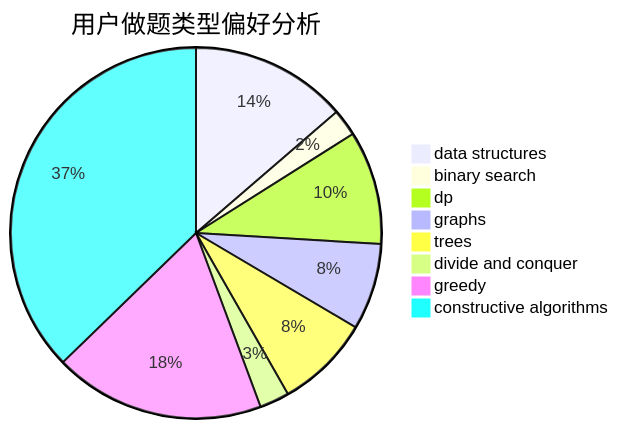
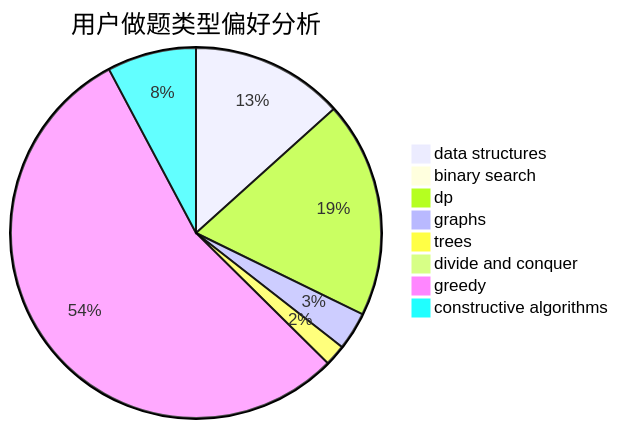
The second of 3 diagrams in docs/user/u1730.md (sherpahu/cfrs.github.io), drawn with Mermaid before and after one commit. The commit also changed other lines of this file and 2770 other files, not shown here.

````diff
--- a/docs/user/u1730.md
+++ b/docs/user/u1730.md
@@ -23,11 +23,11 @@
 ```mermaid
 pie title 用户做题类型偏好分析
-    "data structures" :  58
-    "binary search" :  10
-    "dp" :  42
-    "graphs" :  32
-    "trees" :  35
-    "divide and conquer" :  11
-    "greedy" :  78
-    "constructive algorithms" :  158
+    "data structures" :  36
+    "binary search" :  2
+    "dp" :  51
+    "graphs" :  9
+    "trees" :  5
+    "divide and conquer" :  0
+    "greedy" :  148
+    "constructive algorithms" :  21
 ```
````
